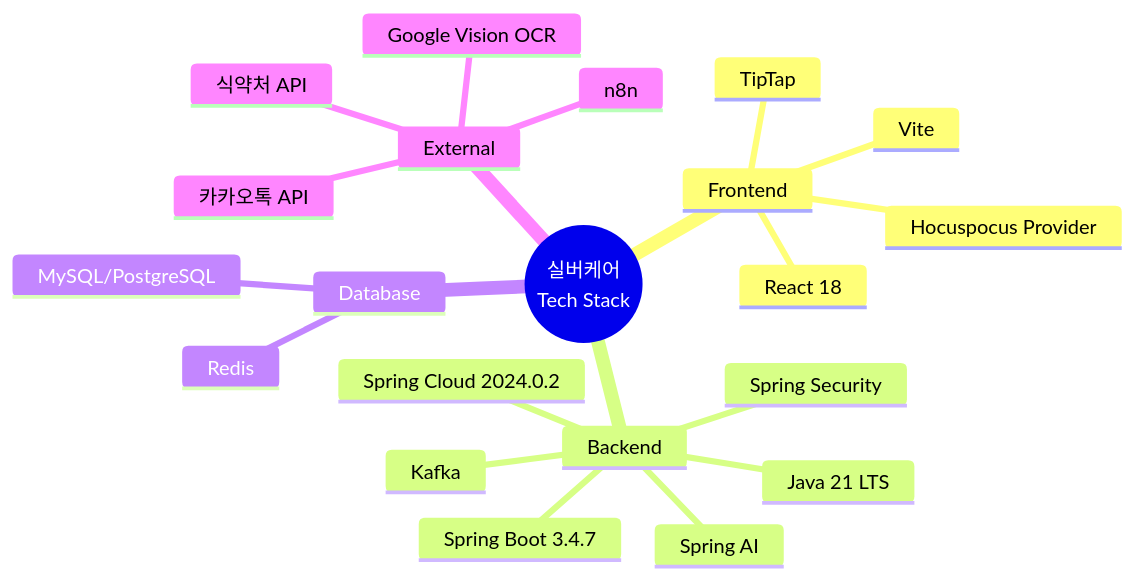
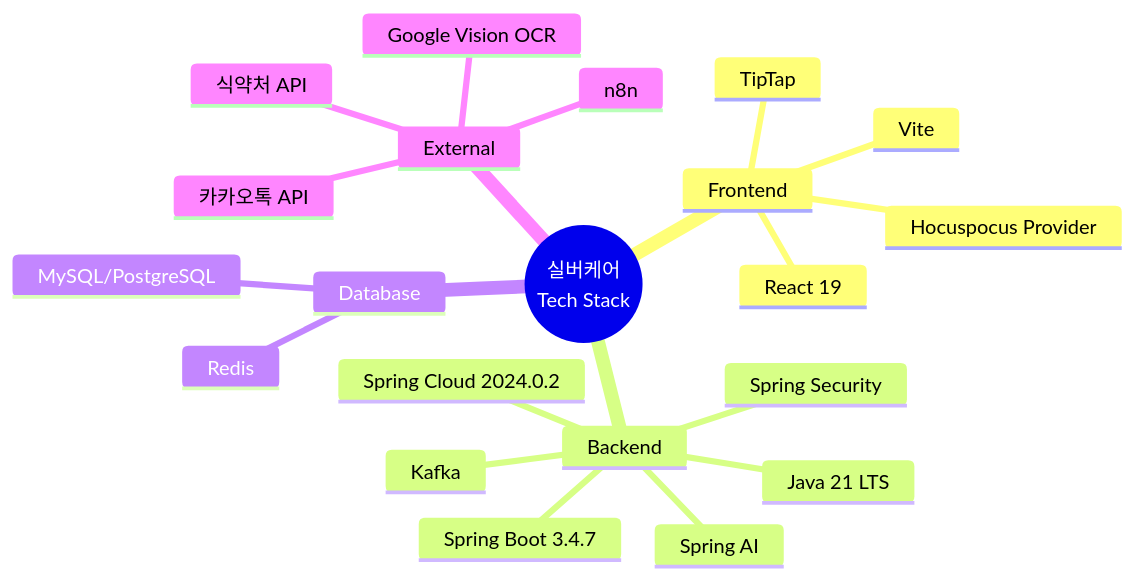
One commit to KOSA2025-FINAL-PROJECT-TEAM3/.github changed the ninth of 9 diagrams in ARCHITECTURE.md. Above: the diagram before and after it, drawn with Mermaid. The commit also changed other lines of this file and 3 other files, not shown here.

````diff
--- a/ARCHITECTURE.md
+++ b/ARCHITECTURE.md
@@ -609,24 +613,24 @@
 ```mermaid
 mindmap
   root((실버케어<br/>Tech Stack))
     Frontend
-      React 18
+      React 19
       Vite
       TipTap
       Hocuspocus Provider
     Backend
       Java 21 LTS
       Spring Boot 3.4.7
       Spring Cloud 2024.0.2
       Spring Security
       Spring AI
       Kafka
     Database
       MySQL/PostgreSQL
       Redis
     External
       Google Vision OCR
       식약처 API
       카카오톡 API
       n8n
 ```
````
